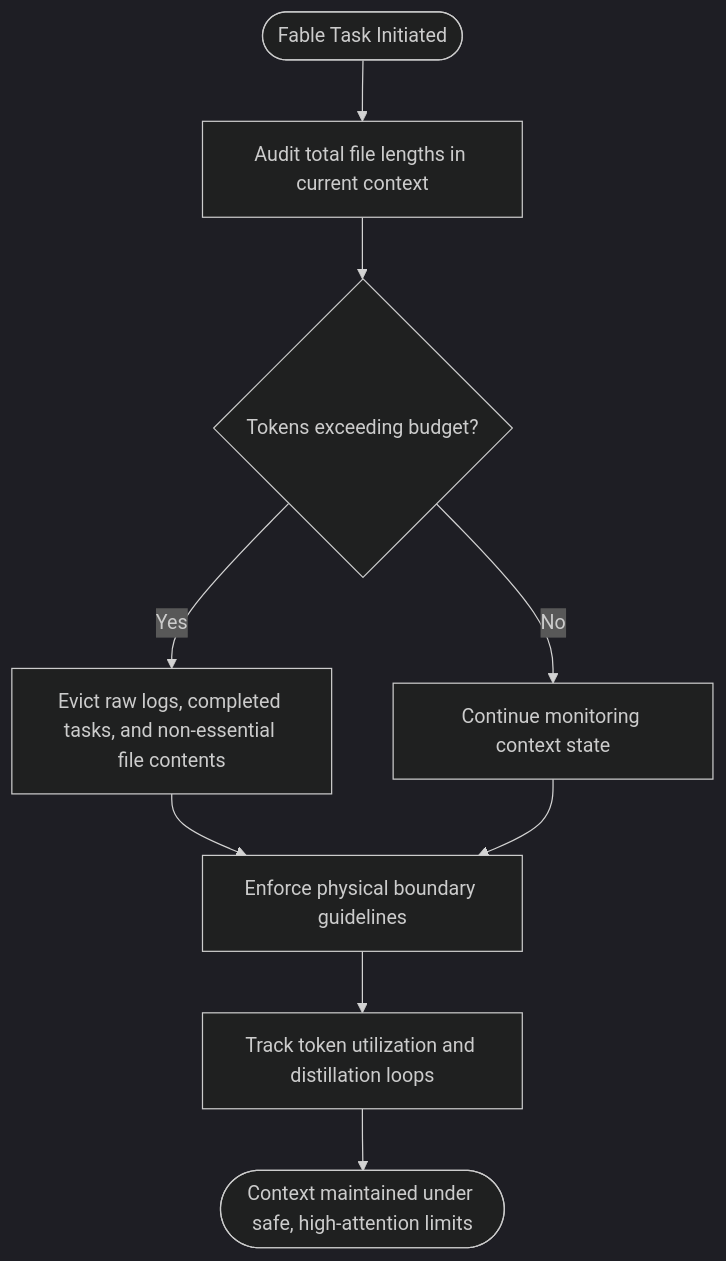
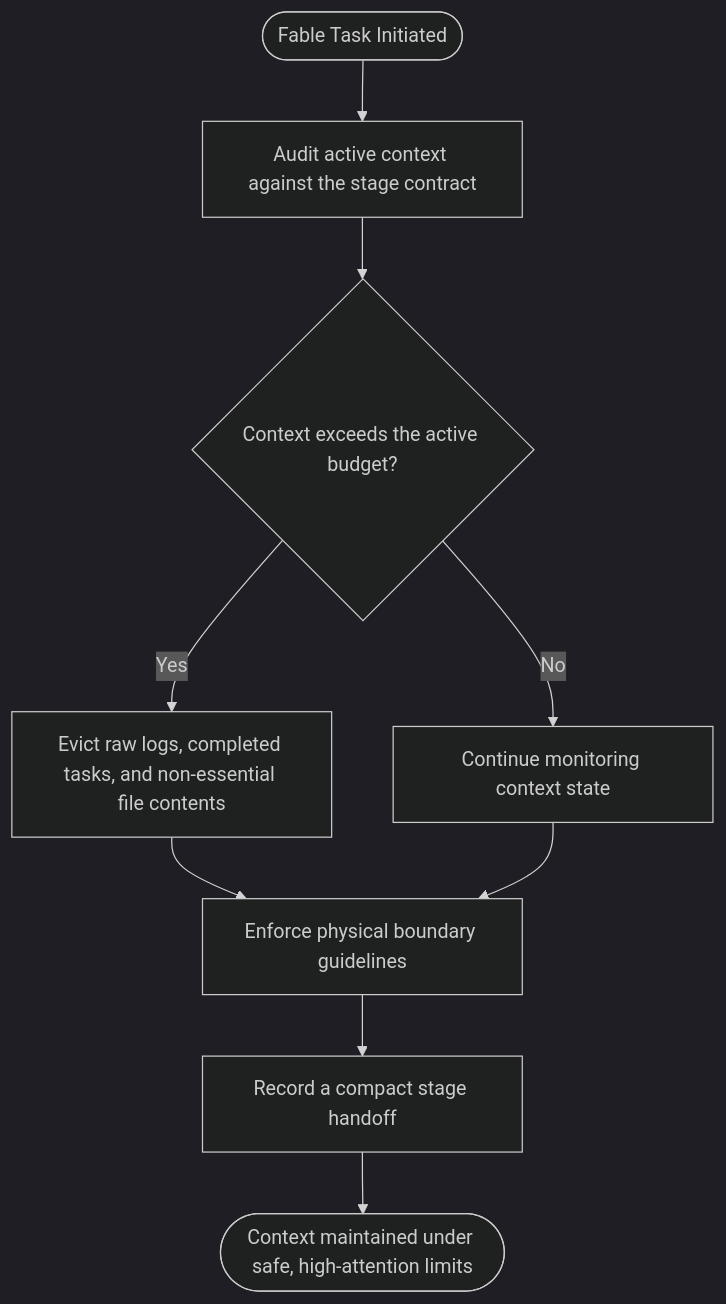
Before and after one commit to dyphn1/Harness-everything: the first of 3 diagrams in docs/workflows/fable-discipline.md, drawn with Mermaid (dark theme). The commit also changed other lines of this file and 59 other files, not shown here.

````diff
--- a/docs/workflows/fable-discipline.md
+++ b/docs/workflows/fable-discipline.md
@@ -11,11 +11,11 @@
 ```mermaid
 graph TD
-  Start([Fable Task Initiated]) --> AuditContext["Audit total file lengths in current context"]
-  AuditContext --> CheckTokenLimit{Tokens exceeding budget?}
+  Start([Fable Task Initiated]) --> AuditContext["Audit active context against the stage contract"]
+  AuditContext --> CheckTokenLimit{Context exceeds the active budget?}
   CheckTokenLimit -->|Yes| TrimContext["Evict raw logs, completed tasks, and non-essential file contents"]
   CheckTokenLimit -->|No| KeepState["Continue monitoring context state"]
   TrimContext --> EnforceLimit["Enforce physical boundary guidelines"]
   KeepState --> EnforceLimit
-  EnforceLimit --> LogMetrics["Track token utilization and distillation loops"]
-  LogMetrics --> End([Context maintained under safe, high-attention limits])
+  EnforceLimit --> RecordHandoff["Record a compact stage handoff"]
+  RecordHandoff --> End([Context maintained under safe, high-attention limits])
 ```
````
